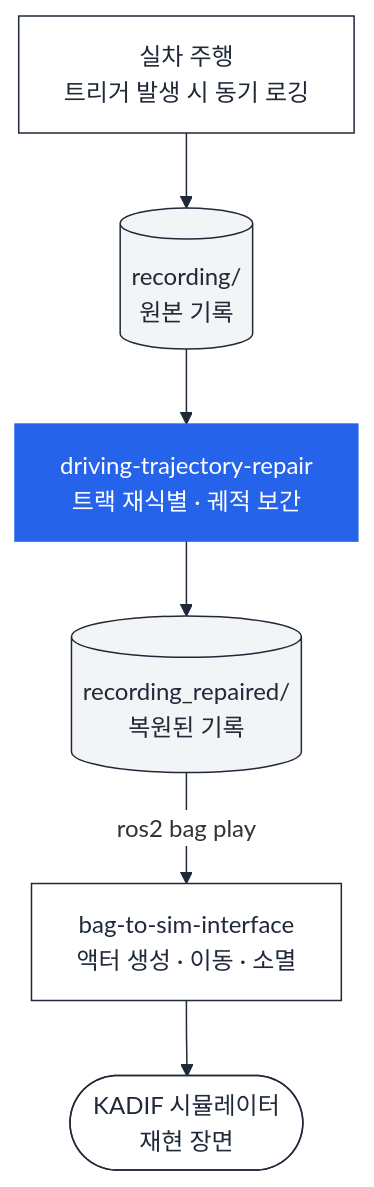
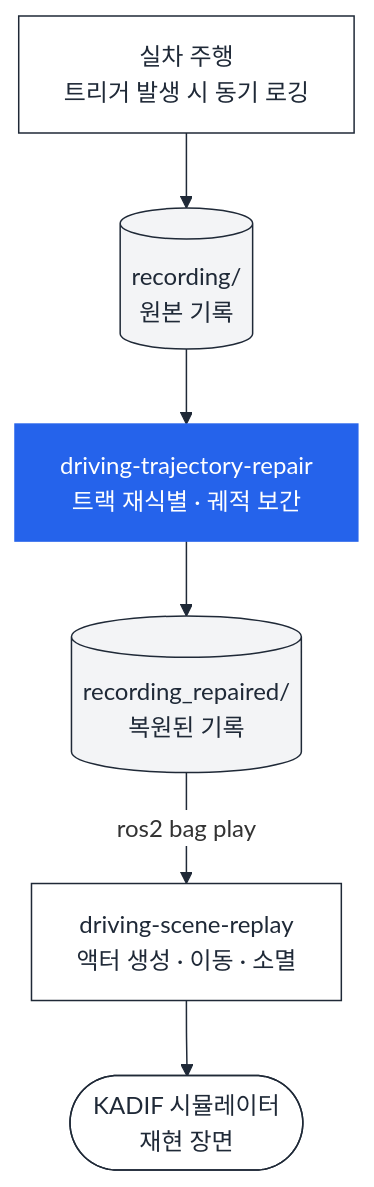
Before and after one commit to Canlab-KADIF/driving-trajectory-repair: the diagram in README.md, drawn with Mermaid. The commit also changed other lines of this file, not shown here.

Commit message:
docs: point the cross-reference at the sibling's new name
The two repositories were renamed in the same pass, so each one still linked to the other under its old name.

````diff
--- a/README.md
+++ b/README.md
@@ -87,25 +87,25 @@
 ```mermaid
 %%{init: {"theme":"base","themeVariables":{
   "lineColor":"#1F2937","edgeLabelBackground":"#FFFFFF",
   "fontFamily":"-apple-system,BlinkMacSystemFont,Segoe UI,Helvetica,Arial,sans-serif"}}}%%
 flowchart TD
     drive["실차 주행<br/>트리거 발생 시 동기 로깅"]
     raw[("recording/<br/>원본 기록")]
     fix["driving-trajectory-repair<br/>트랙 재식별 · 궤적 보간"]
     fixed[("recording_repaired/<br/>복원된 기록")]
-    bridge["bag-to-sim-interface<br/>액터 생성 · 이동 · 소멸"]
+    bridge["driving-scene-replay<br/>액터 생성 · 이동 · 소멸"]
     sim(["KADIF 시뮬레이터<br/>재현 장면"])
 
     drive --> raw
     raw --> fix
     fix --> fixed
     fixed -- "ros2 bag play" --> bridge
     bridge --> sim
 
     classDef here fill:#2563EB,stroke:#2563EB,color:#FFFFFF
     classDef data fill:#F3F4F6,stroke:#1F2937,color:#1F2937
     classDef step fill:#FFFFFF,stroke:#1F2937,color:#1F2937
     class fix here
     class raw,fixed data
     class drive,bridge,sim step
 ```
````
